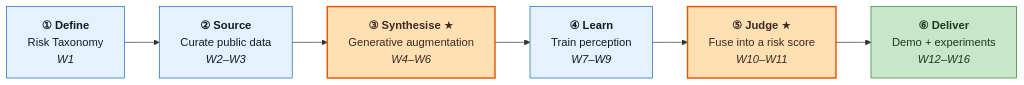
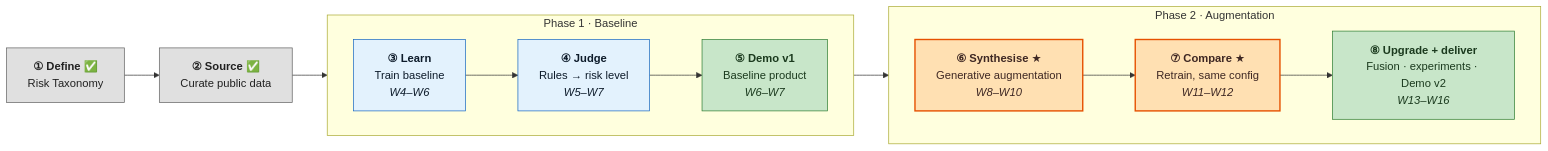
Before and after one commit to muamuauh/AY26S1-45-SPML: the second of 4 diagrams in docs/05-Technological-Roadmap-EN.md, drawn with Mermaid. The commit also changed other lines of this file and 17 other files, not shown here.

First line of the commit message:
docs: switch to baseline-first two-phase flow and prune stale content

````diff
--- a/docs/05-Technological-Roadmap-EN.md
+++ b/docs/05-Technological-Roadmap-EN.md
@@ -108,15 +113,29 @@
 ```mermaid
 flowchart LR
+    classDef done fill:#e0e0e0,stroke:#616161,stroke-width:1px,color:#212121
     classDef s fill:#e3f2fd,stroke:#1565c0,stroke-width:1px,color:#0d1b2a
     classDef core fill:#ffe0b2,stroke:#e65100,stroke-width:2px,color:#3e2723
     classDef out fill:#c8e6c9,stroke:#2e7d32,stroke-width:1px,color:#1b3a1e
 
-    S1["<b>① Define</b><br/>Risk Taxonomy<br/><i>W1</i>"]:::s
-    S2["<b>② Source</b><br/>Curate public data<br/><i>W2–W3</i>"]:::s
-    S3["<b>③ Synthesise</b> ★<br/>Generative augmentation<br/><i>W4–W6</i>"]:::core
-    S4["<b>④ Learn</b><br/>Train perception<br/><i>W7–W9</i>"]:::s
-    S5["<b>⑤ Judge</b> ★<br/>Fuse into a risk score<br/><i>W10–W11</i>"]:::core
-    S6["<b>⑥ Deliver</b><br/>Demo + experiments<br/><i>W12–W16</i>"]:::out
+    S1["<b>① Define</b> ✅<br/>Risk Taxonomy"]:::done
+    S2["<b>② Source</b> ✅<br/>Curate public data"]:::done
 
-    S1 --> S2 --> S3 --> S4 --> S5 --> S6
+    subgraph A["Phase 1 · Baseline"]
+        direction LR
+        S3["<b>③ Learn</b><br/>Train baseline<br/><i>W4–W6</i>"]:::s
+        S4["<b>④ Judge</b><br/>Rules → risk level<br/><i>W5–W7</i>"]:::s
+        S5["<b>⑤ Demo v1</b><br/>Baseline product<br/><i>W6–W7</i>"]:::out
+        S3 --> S4 --> S5
+    end
+
+    subgraph B["Phase 2 · Augmentation"]
+        direction LR
+        S6["<b>⑥ Synthesise</b> ★<br/>Generative augmentation<br/><i>W8–W10</i>"]:::core
+        S7["<b>⑦ Compare</b> ★<br/>Retrain, same config<br/><i>W11–W12</i>"]:::core
+        S8["<b>⑧ Upgrade + deliver</b><br/>Fusion · experiments · Demo v2<br/><i>W13–W16</i>"]:::out
+        S6 --> S7 --> S8
+    end
+
+    S1 --> S2 --> S3
+    S5 --> S6
 ```
````
